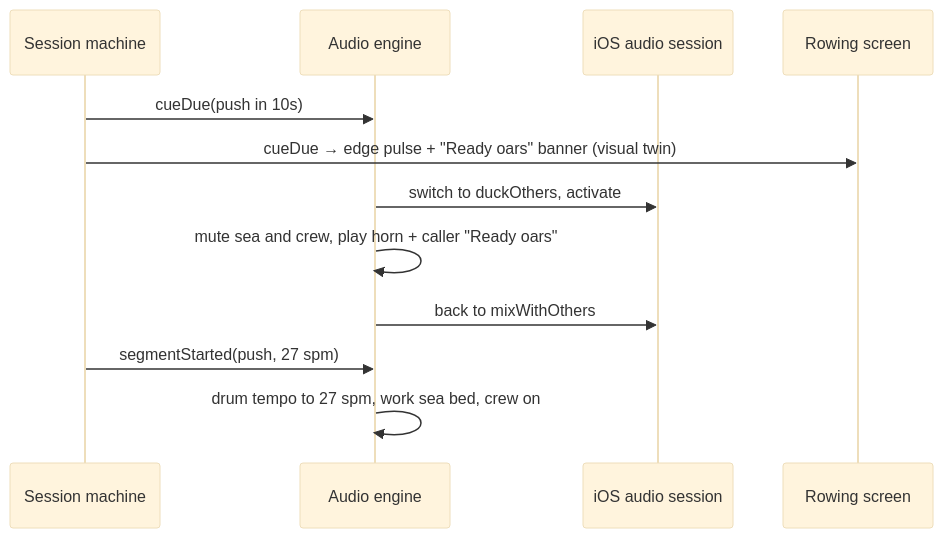
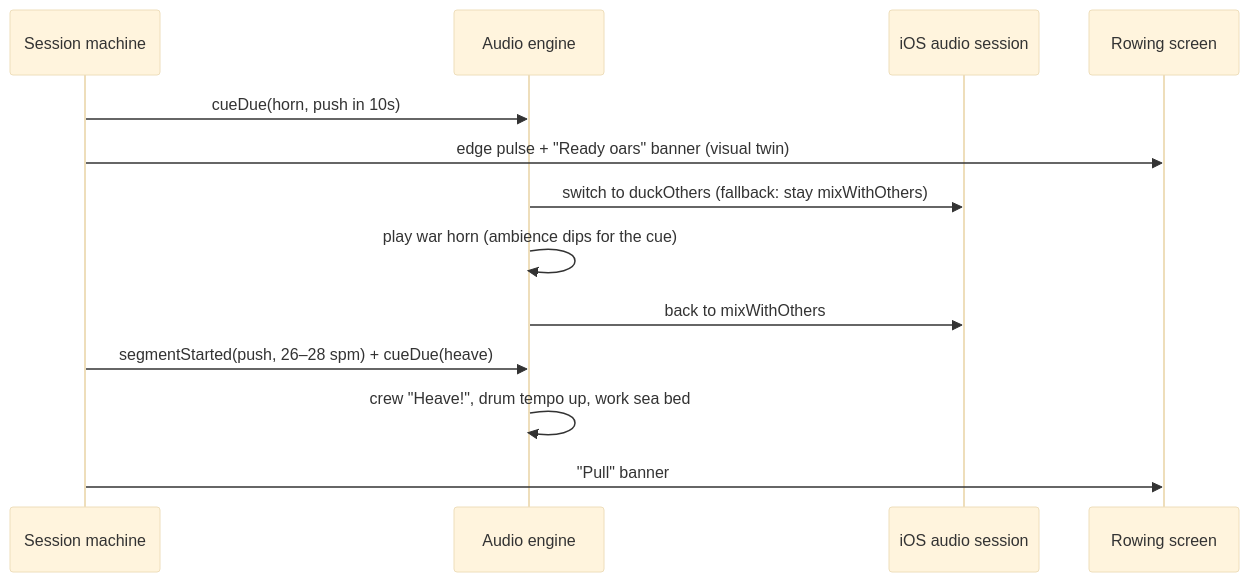
Before and after one commit to dsh971/Nord4x4: the third of 3 diagrams in docs/plans/2026-10-29-001-feat-nor4x4-expo-rebuild-plan.md, drawn with Mermaid (base theme). The commit also changed other lines of this file, not shown here.

````diff
--- a/docs/plans/2026-10-29-001-feat-nor4x4-expo-rebuild-plan.md
+++ b/docs/plans/2026-10-29-001-feat-nor4x4-expo-rebuild-plan.md
@@ -199,14 +256,15 @@
 ```mermaid
 sequenceDiagram
   participant SM as Session machine
   participant AE as Audio engine
   participant OS as iOS audio session
   participant UI as Rowing screen
-  SM->>AE: cueDue(push in 10s)
-  SM->>UI: cueDue → edge pulse + "Ready oars" banner (visual twin)
-  AE->>OS: switch to duckOthers, activate
-  AE->>AE: mute sea and crew, play horn + caller "Ready oars"
+  SM->>AE: cueDue(horn, push in 10s)
+  SM->>UI: edge pulse + "Ready oars" banner (visual twin)
+  AE->>OS: switch to duckOthers (fallback: stay mixWithOthers)
+  AE->>AE: play war horn (ambience dips for the cue)
   AE->>OS: back to mixWithOthers
-  SM->>AE: segmentStarted(push, 27 spm)
-  AE->>AE: drum tempo to 27 spm, work sea bed, crew on
+  SM->>AE: segmentStarted(push, 26–28 spm) + cueDue(heave)
+  AE->>AE: crew "Heave!", drum tempo up, work sea bed
+  SM->>UI: "Pull" banner
 ```
````
